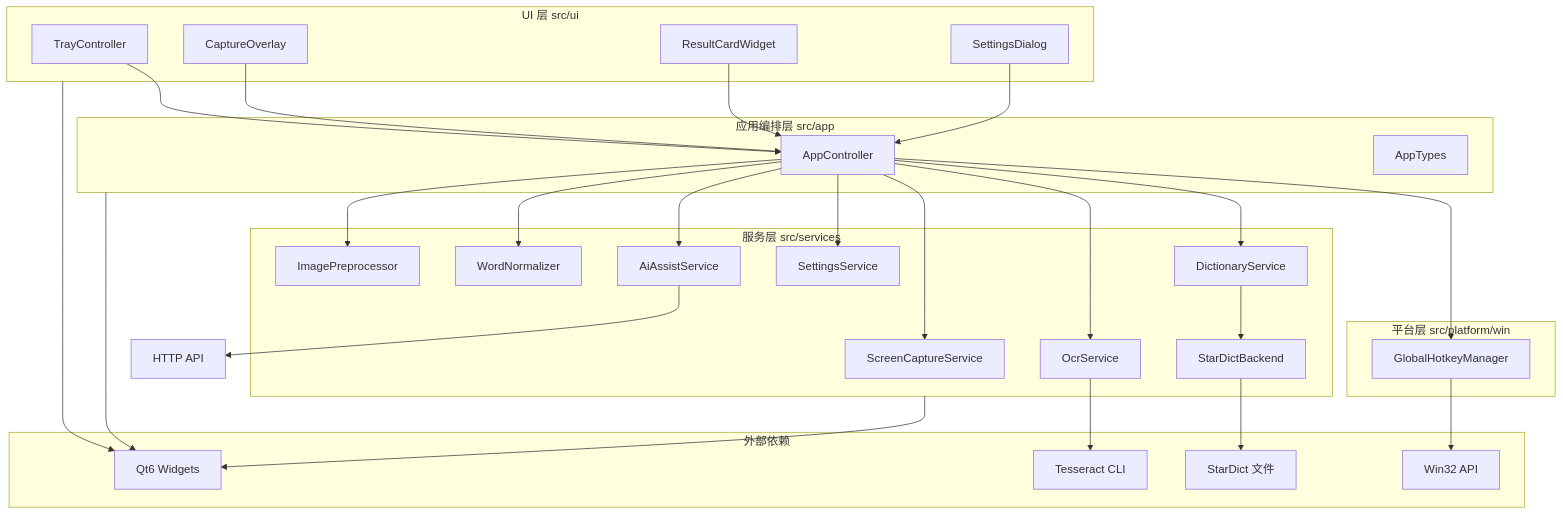
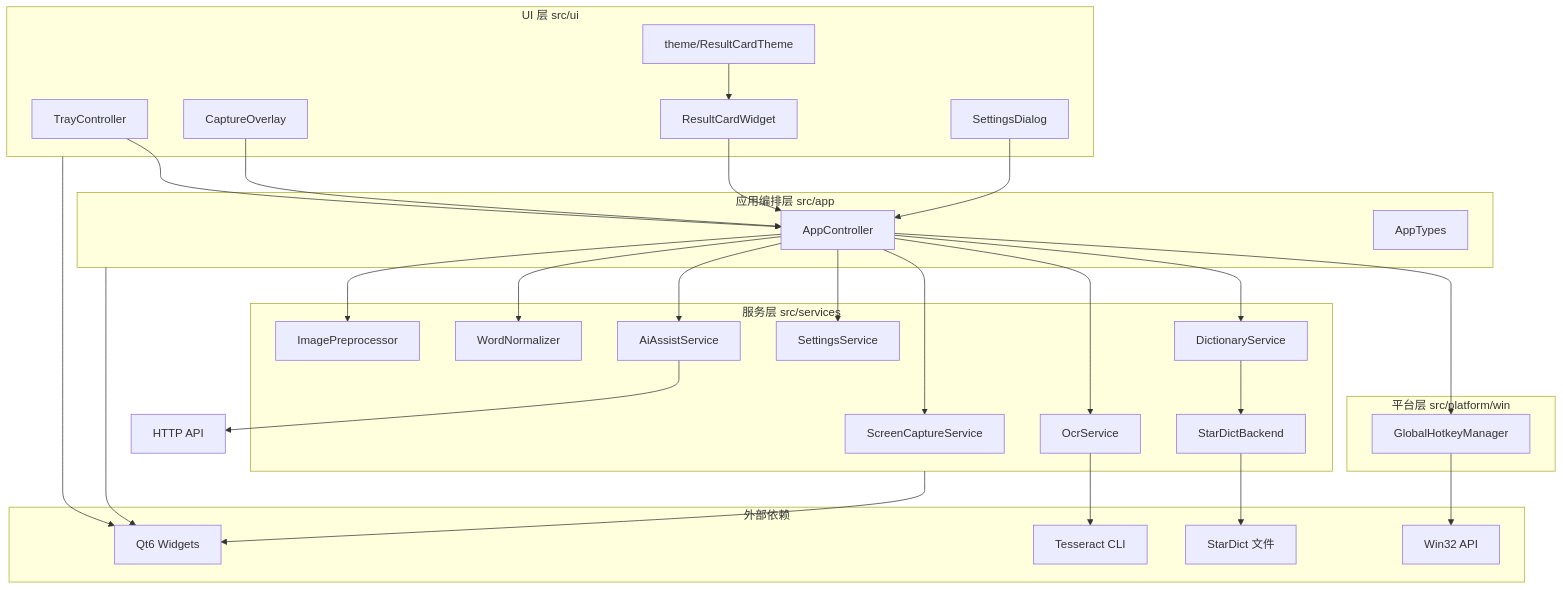
One commit to kakuyo1/wordSnap changed the second of 4 diagrams in docs/ARCHITECTURE.md. Above: the diagram before and after it, drawn with Mermaid. The commit also changed other lines of this file and 6 other files, not shown here.

Commit message:
refactor: extract result card theme module

````diff
--- a/docs/ARCHITECTURE.md
+++ b/docs/ARCHITECTURE.md
@@ -46,61 +46,63 @@
 ```mermaid
 flowchart TB
     subgraph UI[UI 层 src/ui]
         U1[TrayController]
         U2[CaptureOverlay]
         U3[ResultCardWidget]
         U4[SettingsDialog]
+        U5[theme/ResultCardTheme]
     end
 
     subgraph APP[应用编排层 src/app]
         A1[AppController]
         A2[AppTypes]
     end
 
     subgraph SRV[服务层 src/services]
         S1[ScreenCaptureService]
         S2[ImagePreprocessor]
         S3[OcrService]
         S4[WordNormalizer]
         S5[DictionaryService]
         S6[StarDictBackend]
         S7[SettingsService]
         S8[AiAssistService]
     end
 
     subgraph PLAT[平台层 src/platform/win]
         P1[GlobalHotkeyManager]
     end
 
     subgraph EXT[外部依赖]
         E1[Qt6 Widgets]
         E2[Tesseract CLI]
         E3[StarDict 文件]
         E4[Win32 API]
     end
 
     U1 --> A1
     U2 --> A1
     U3 --> A1
     U4 --> A1
+    U5 --> U3
 
     A1 --> S1
     A1 --> S2
     A1 --> S3
     A1 --> S4
     A1 --> S5
     A1 --> S7
     A1 --> S8
     A1 --> P1
 
     S5 --> S6
 
     S3 --> E2
     S6 --> E3
     S8 --> E5[HTTP API]
     P1 --> E4
 
     UI --> E1
     APP --> E1
     SRV --> E1
 ```
````
